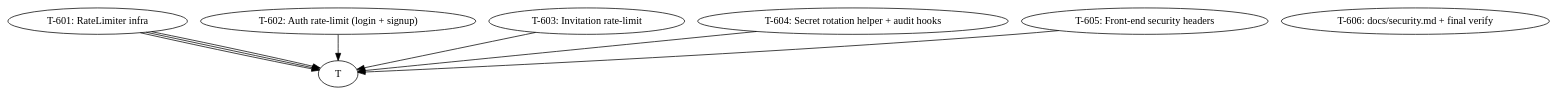
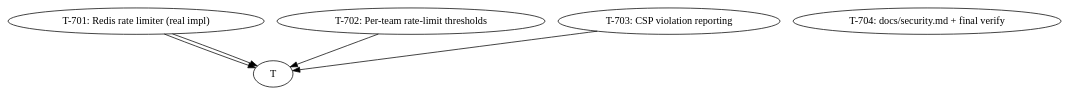
Before and after one commit to choguun/real-estate-ai-agent: the diagram in .aidlc/plan.md, drawn with Graphviz. The commit also changed other lines of this file and 22 other files, not shown here.

First line of the commit message:
feat(cycle-7): operational security polish (Redis RL + per-team + CSP report) (#7)

````diff
--- a/.aidlc/plan.md
+++ b/.aidlc/plan.md
@@ -111,18 +93,13 @@
 ```dot
-digraph cycle6 {
-    T-601 [label="T-601: RateLimiter infra"];
-    T-602 [label="T-602: Auth rate-limit (login + signup)"];
-    T-603 [label="T-603: Invitation rate-limit"];
-    T-604 [label="T-604: Secret rotation helper + audit hooks"];
-    T-605 [label="T-605: Front-end security headers"];
-    T-606 [label="T-606: docs/security.md + final verify"];
+digraph cycle7 {
+    T-701 [label="T-701: Redis rate limiter (real impl)"];
+    T-702 [label="T-702: Per-team rate-limit thresholds"];
+    T-703 [label="T-703: CSP violation reporting"];
+    T-704 [label="T-704: docs/security.md + final verify"];
 
-    T-601 -> T-602;
-    T-601 -> T-603;
-    T-601 -> T-604;
-    T-602 -> T-604;
-    T-604 -> T-606;
-    T-603 -> T-606;
-    T-605 -> T-606;
+    T-701 -> T-702;
+    T-701 -> T-703;
+    T-702 -> T-704;
+    T-703 -> T-704;
 }
 ```
````
